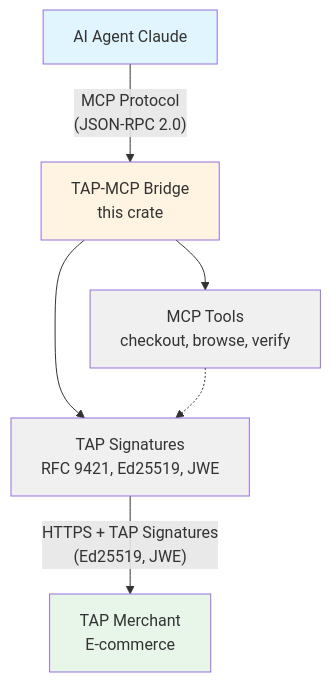
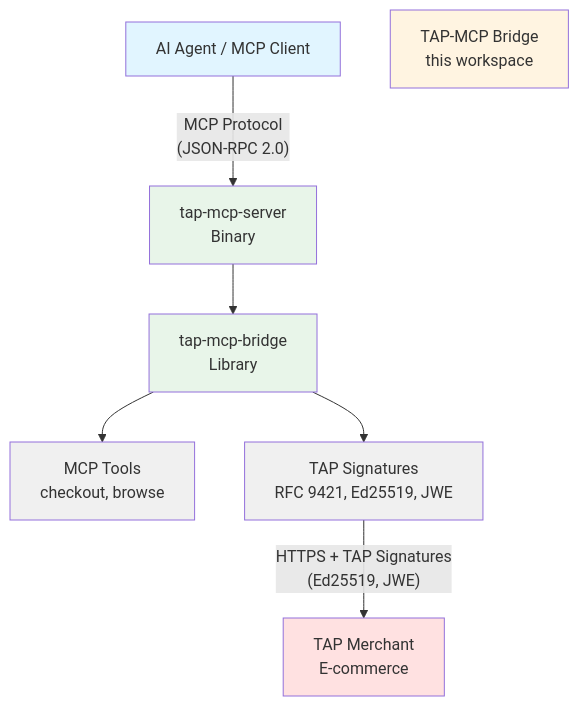
Before and after one commit to bug-ops/tap-mcp-bridge: the diagram in README.md, drawn with Mermaid. The commit also changed other lines of this file and 3 other files, not shown here.

First line of the commit message:
Phase 6: Universal MCP server implementation (#8)

````diff
--- a/README.md
+++ b/README.md
@@ -31,20 +271,24 @@
 ```mermaid
 graph TB
-    Agent[AI Agent Claude]
-    Bridge[TAP-MCP Bridge<br/>this crate]
-    Tools[MCP Tools<br/>checkout, browse, verify]
+    Agent[AI Agent / MCP Client]
+    Bridge[TAP-MCP Bridge<br/>this workspace]
+    Library[tap-mcp-bridge<br/>Library]
+    Binary[tap-mcp-server<br/>Binary]
+    Tools[MCP Tools<br/>checkout, browse]
     TAPClient[TAP Signatures<br/>RFC 9421, Ed25519, JWE]
     Merchant[TAP Merchant<br/>E-commerce]
 
-    Agent -->|"MCP Protocol<br/>(JSON-RPC 2.0)"| Bridge
-    Bridge --> Tools
-    Bridge --> TAPClient
-    Tools -.-> TAPClient
+    Agent -->|"MCP Protocol<br/>(JSON-RPC 2.0)"| Binary
+    Binary --> Library
+    Library --> Tools
+    Library --> TAPClient
     TAPClient -->|"HTTPS + TAP Signatures<br/>(Ed25519, JWE)"| Merchant
 
     style Agent fill:#e1f5ff
     style Bridge fill:#fff4e1
+    style Library fill:#e8f5e9
+    style Binary fill:#e8f5e9
     style Tools fill:#f0f0f0
     style TAPClient fill:#f0f0f0
-    style Merchant fill:#e8f5e9
+    style Merchant fill:#ffe1e1
 ```
````
